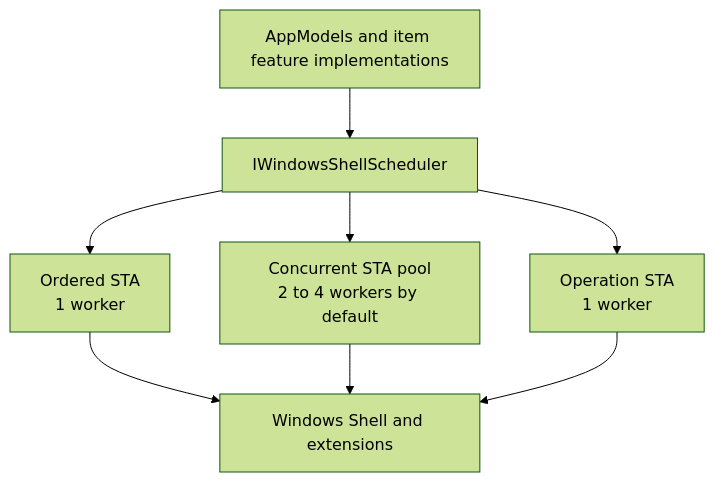
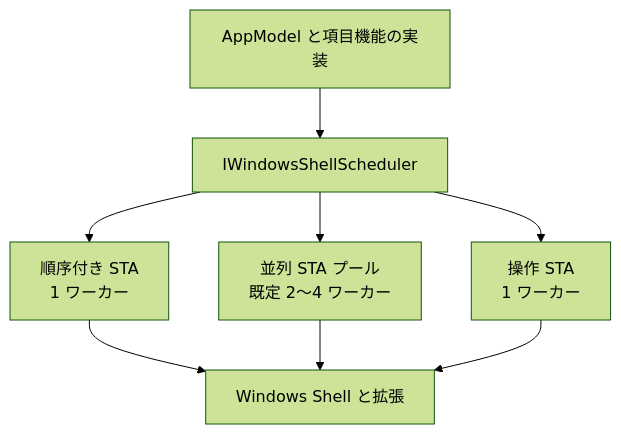
The first of 4 diagrams in docs/architecture/threading.md (0x5bfa/Files), drawn with Mermaid (forest theme) before and after one commit. The commit also changed other lines of this file and 18 other files, not shown here.

Commit message:
Translate architecture docs to Japanese

````diff
--- a/docs/architecture/threading.md
+++ b/docs/architecture/threading.md
@@ -9,17 +11,17 @@
 ```mermaid
 flowchart TB
-    App["AppModels and item feature implementations"]
+    App["AppModel と項目機能の実装"]
     Scheduler["IWindowsShellScheduler"]
-    Ordered["Ordered STA\n1 worker"]
-    Concurrent["Concurrent STA pool\n2 to 4 workers by default"]
-    Operations["Operation STA\n1 worker"]
-    Shell["Windows Shell and extensions"]
+    Ordered["順序付き STA\n1 ワーカー"]
+    Concurrent["並列 STA プール\n既定 2～4 ワーカー"]
+    Operations["操作 STA\n1 ワーカー"]
+    Shell["Windows Shell と拡張"]
 
     App --> Scheduler
     Scheduler --> Ordered
     Scheduler --> Concurrent
     Scheduler --> Operations
     Ordered --> Shell
     Concurrent --> Shell
     Operations --> Shell
 ```
````
